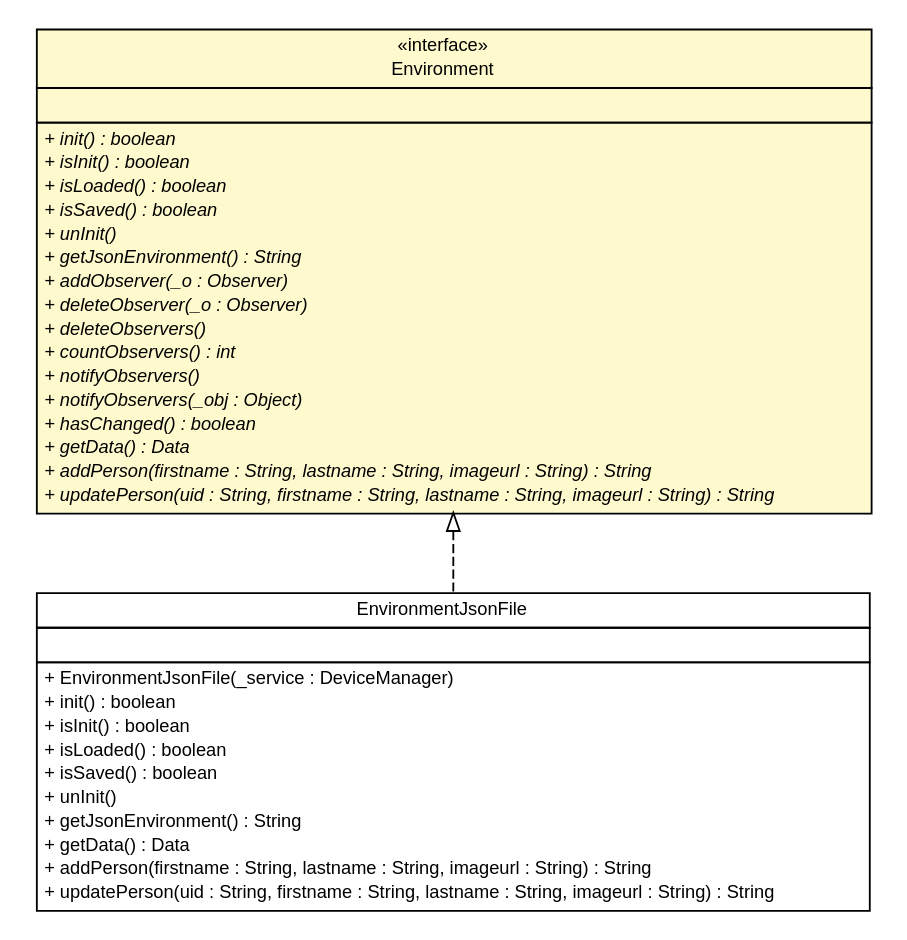
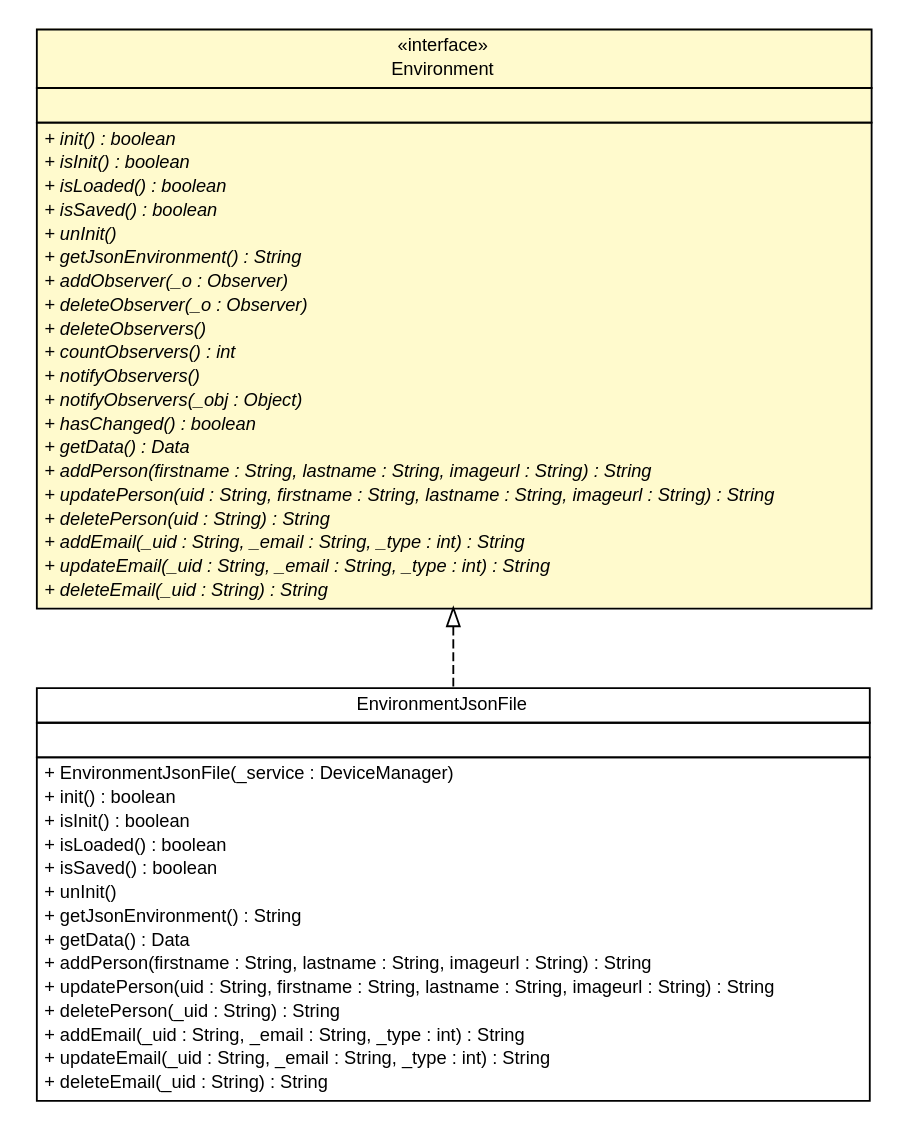
The diagram in javadoc/coreserver/com/connectlife/coreserver/environment/Environment.dot (ericpinet/ConnectLife), drawn with Graphviz before and after one commit. The commit also changed 222 other files, not shown here.

```diff
--- a/javadoc/coreserver/com/connectlife/coreserver/environment/Environment.dot
+++ b/javadoc/coreserver/com/connectlife/coreserver/environment/Environment.dot
@@ -1,63 +1,71 @@
 #!/usr/local/bin/dot
 #
 # Class diagram 
 # Generated by UMLGraph version 5.1 (http://www.umlgraph.org/)
 #
 
 digraph G {
 	edge [fontname="Helvetica",fontsize=10,labelfontname="Helvetica",labelfontsize=10];
 	node [fontname="Helvetica",fontsize=10,shape=plaintext];
 	nodesep=0.25;
 	ranksep=0.5;
 	// com.connectlife.coreserver.environment.Environment
 	c1053 [label=<<table title="com.connectlife.coreserver.environment.Environment" border="0" cellborder="1" cellspacing="0" cellpadding="2" port="p" bgcolor="lemonChiffon" href="./Environment.html">
 		<tr><td><table border="0" cellspacing="0" cellpadding="1">
 <tr><td align="center" balign="center"> &#171;interface&#187; </td></tr>
 <tr><td align="center" balign="center"> Environment </td></tr>
 		</table></td></tr>
 		<tr><td><table border="0" cellspacing="0" cellpadding="1">
 <tr><td align="left" balign="left">  </td></tr>
 		</table></td></tr>
 		<tr><td><table border="0" cellspacing="0" cellpadding="1">
 <tr><td align="left" balign="left"><font face="Helvetica-Oblique" point-size="10.0"> + init() : boolean </font></td></tr>
 <tr><td align="left" balign="left"><font face="Helvetica-Oblique" point-size="10.0"> + isInit() : boolean </font></td></tr>
 <tr><td align="left" balign="left"><font face="Helvetica-Oblique" point-size="10.0"> + isLoaded() : boolean </font></td></tr>
 <tr><td align="left" balign="left"><font face="Helvetica-Oblique" point-size="10.0"> + isSaved() : boolean </font></td></tr>
 <tr><td align="left" balign="left"><font face="Helvetica-Oblique" point-size="10.0"> + unInit() </font></td></tr>
 <tr><td align="left" balign="left"><font face="Helvetica-Oblique" point-size="10.0"> + getJsonEnvironment() : String </font></td></tr>
 <tr><td align="left" balign="left"><font face="Helvetica-Oblique" point-size="10.0"> + addObserver(_o : Observer) </font></td></tr>
 <tr><td align="left" balign="left"><font face="Helvetica-Oblique" point-size="10.0"> + deleteObserver(_o : Observer) </font></td></tr>
 <tr><td align="left" balign="left"><font face="Helvetica-Oblique" point-size="10.0"> + deleteObservers() </font></td></tr>
 <tr><td align="left" balign="left"><font face="Helvetica-Oblique" point-size="10.0"> + countObservers() : int </font></td></tr>
 <tr><td align="left" balign="left"><font face="Helvetica-Oblique" point-size="10.0"> + notifyObservers() </font></td></tr>
 <tr><td align="left" balign="left"><font face="Helvetica-Oblique" point-size="10.0"> + notifyObservers(_obj : Object) </font></td></tr>
 <tr><td align="left" balign="left"><font face="Helvetica-Oblique" point-size="10.0"> + hasChanged() : boolean </font></td></tr>
 <tr><td align="left" balign="left"><font face="Helvetica-Oblique" point-size="10.0"> + getData() : Data </font></td></tr>
 <tr><td align="left" balign="left"><font face="Helvetica-Oblique" point-size="10.0"> + addPerson(firstname : String, lastname : String, imageurl : String) : String </font></td></tr>
 <tr><td align="left" balign="left"><font face="Helvetica-Oblique" point-size="10.0"> + updatePerson(uid : String, firstname : String, lastname : String, imageurl : String) : String </font></td></tr>
+<tr><td align="left" balign="left"><font face="Helvetica-Oblique" point-size="10.0"> + deletePerson(uid : String) : String </font></td></tr>
+<tr><td align="left" balign="left"><font face="Helvetica-Oblique" point-size="10.0"> + addEmail(_uid : String, _email : String, _type : int) : String </font></td></tr>
+<tr><td align="left" balign="left"><font face="Helvetica-Oblique" point-size="10.0"> + updateEmail(_uid : String, _email : String, _type : int) : String </font></td></tr>
+<tr><td align="left" balign="left"><font face="Helvetica-Oblique" point-size="10.0"> + deleteEmail(_uid : String) : String </font></td></tr>
 		</table></td></tr>
 		</table>>, fontname="Helvetica", fontcolor="black", fontsize=10.0];
 	// com.connectlife.coreserver.environment.EnvironmentJsonFile
 	c1056 [label=<<table title="com.connectlife.coreserver.environment.EnvironmentJsonFile" border="0" cellborder="1" cellspacing="0" cellpadding="2" port="p" href="./EnvironmentJsonFile.html">
 		<tr><td><table border="0" cellspacing="0" cellpadding="1">
 <tr><td align="center" balign="center"> EnvironmentJsonFile </td></tr>
 		</table></td></tr>
 		<tr><td><table border="0" cellspacing="0" cellpadding="1">
 <tr><td align="left" balign="left">  </td></tr>
 		</table></td></tr>
 		<tr><td><table border="0" cellspacing="0" cellpadding="1">
 <tr><td align="left" balign="left"> + EnvironmentJsonFile(_service : DeviceManager) </td></tr>
 <tr><td align="left" balign="left"> + init() : boolean </td></tr>
 <tr><td align="left" balign="left"> + isInit() : boolean </td></tr>
 <tr><td align="left" balign="left"> + isLoaded() : boolean </td></tr>
 <tr><td align="left" balign="left"> + isSaved() : boolean </td></tr>
 <tr><td align="left" balign="left"> + unInit() </td></tr>
 <tr><td align="left" balign="left"> + getJsonEnvironment() : String </td></tr>
 <tr><td align="left" balign="left"> + getData() : Data </td></tr>
 <tr><td align="left" balign="left"> + addPerson(firstname : String, lastname : String, imageurl : String) : String </td></tr>
 <tr><td align="left" balign="left"> + updatePerson(uid : String, firstname : String, lastname : String, imageurl : String) : String </td></tr>
+<tr><td align="left" balign="left"> + deletePerson(_uid : String) : String </td></tr>
+<tr><td align="left" balign="left"> + addEmail(_uid : String, _email : String, _type : int) : String </td></tr>
+<tr><td align="left" balign="left"> + updateEmail(_uid : String, _email : String, _type : int) : String </td></tr>
+<tr><td align="left" balign="left"> + deleteEmail(_uid : String) : String </td></tr>
 		</table></td></tr>
 		</table>>, fontname="Helvetica", fontcolor="black", fontsize=10.0];
 	//com.connectlife.coreserver.environment.EnvironmentJsonFile implements com.connectlife.coreserver.environment.Environment
 	c1053:p -> c1056:p [dir=back,arrowtail=empty,style=dashed];
 }
```
